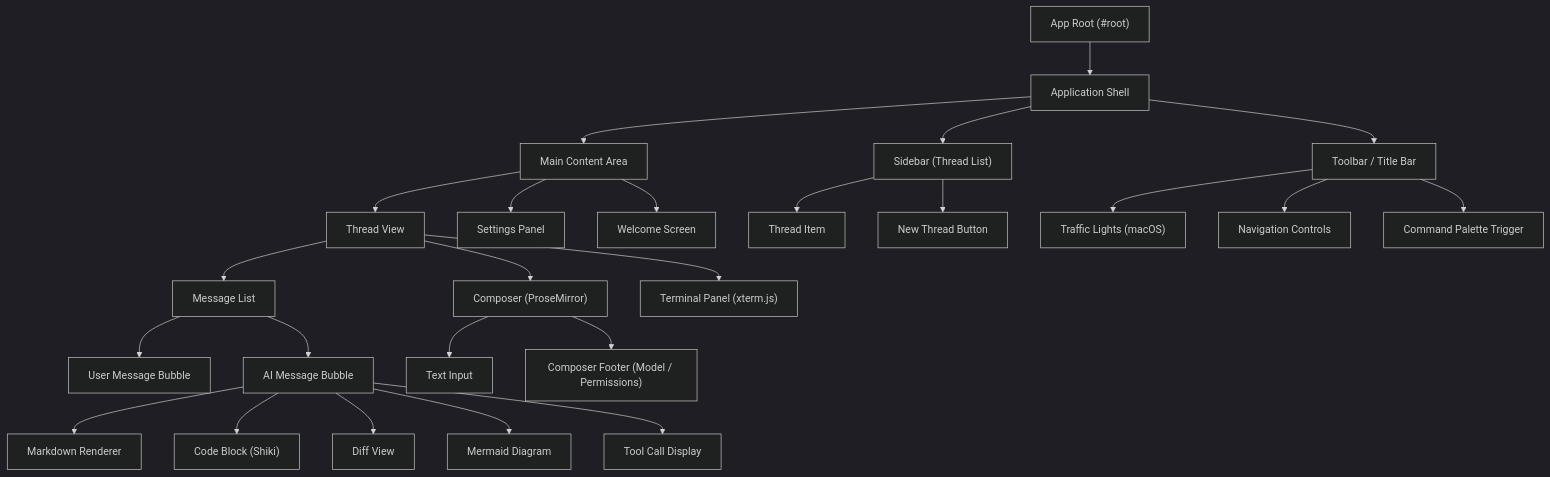
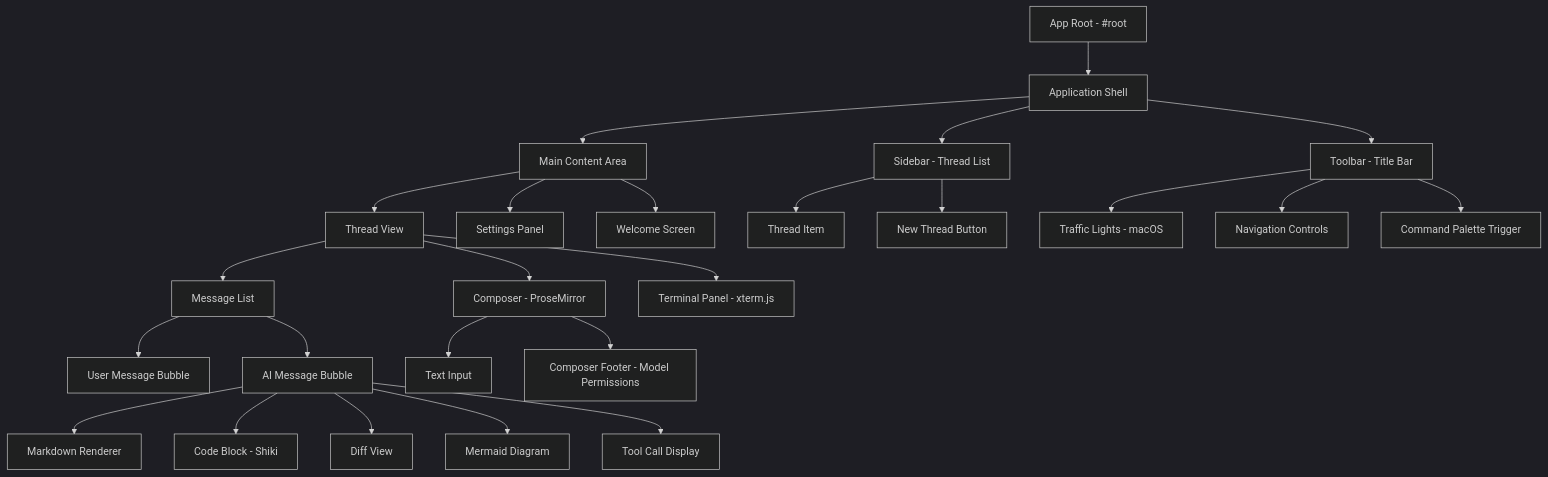
The first of 3 diagrams in 04-renderer-frontend.md (ChrisFeldmeier/codex-research), drawn with Mermaid (dark theme) before and after one commit. The commit also changed other lines of this file and 14 other files, not shown here.

Commit message:
Refactor mermaid diagrams to flowchart syntax and enhance label descriptions across multiple documentation files

````diff
--- a/04-renderer-frontend.md
+++ b/04-renderer-frontend.md
@@ -38,35 +38,35 @@
 ```mermaid
-graph TD
-    ROOT["App Root (#root)"]
+flowchart TD
+    ROOT["App Root - #root"]
     ROOT --> SHELL["Application Shell"]
-    SHELL --> TOOLBAR["Toolbar / Title Bar"]
-    SHELL --> SIDEBAR["Sidebar (Thread List)"]
+    SHELL --> TOOLBAR["Toolbar - Title Bar"]
+    SHELL --> SIDEBAR["Sidebar - Thread List"]
     SHELL --> MAIN["Main Content Area"]
 
     MAIN --> THREAD_VIEW["Thread View"]
     MAIN --> SETTINGS["Settings Panel"]
     MAIN --> WELCOME["Welcome Screen"]
 
     THREAD_VIEW --> MSG_LIST["Message List"]
-    THREAD_VIEW --> COMPOSER["Composer (ProseMirror)"]
-    THREAD_VIEW --> TERMINAL["Terminal Panel (xterm.js)"]
+    THREAD_VIEW --> COMPOSER["Composer - ProseMirror"]
+    THREAD_VIEW --> TERMINAL["Terminal Panel - xterm.js"]
 
     MSG_LIST --> USER_MSG["User Message Bubble"]
     MSG_LIST --> AI_MSG["AI Message Bubble"]
 
     AI_MSG --> MARKDOWN["Markdown Renderer"]
-    AI_MSG --> CODE_BLOCK["Code Block (Shiki)"]
+    AI_MSG --> CODE_BLOCK["Code Block - Shiki"]
     AI_MSG --> DIFF_VIEW["Diff View"]
     AI_MSG --> DIAGRAM["Mermaid Diagram"]
     AI_MSG --> TOOL_CALL["Tool Call Display"]
 
     COMPOSER --> INPUT["Text Input"]
-    COMPOSER --> FOOTER["Composer Footer (Model / Permissions)"]
+    COMPOSER --> FOOTER["Composer Footer - Model Permissions"]
 
     SIDEBAR --> THREAD_ITEM["Thread Item"]
     SIDEBAR --> NEW_THREAD["New Thread Button"]
 
-    TOOLBAR --> TRAFFIC["Traffic Lights (macOS)"]
+    TOOLBAR --> TRAFFIC["Traffic Lights - macOS"]
     TOOLBAR --> NAV["Navigation Controls"]
     TOOLBAR --> CMD_PALETTE["Command Palette Trigger"]
 ```
````
